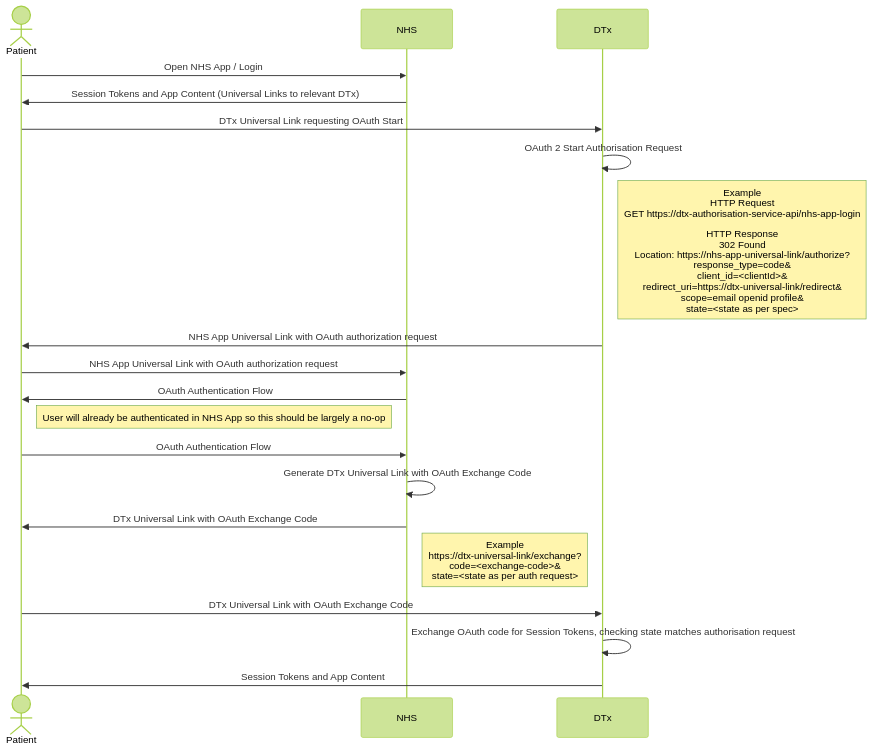
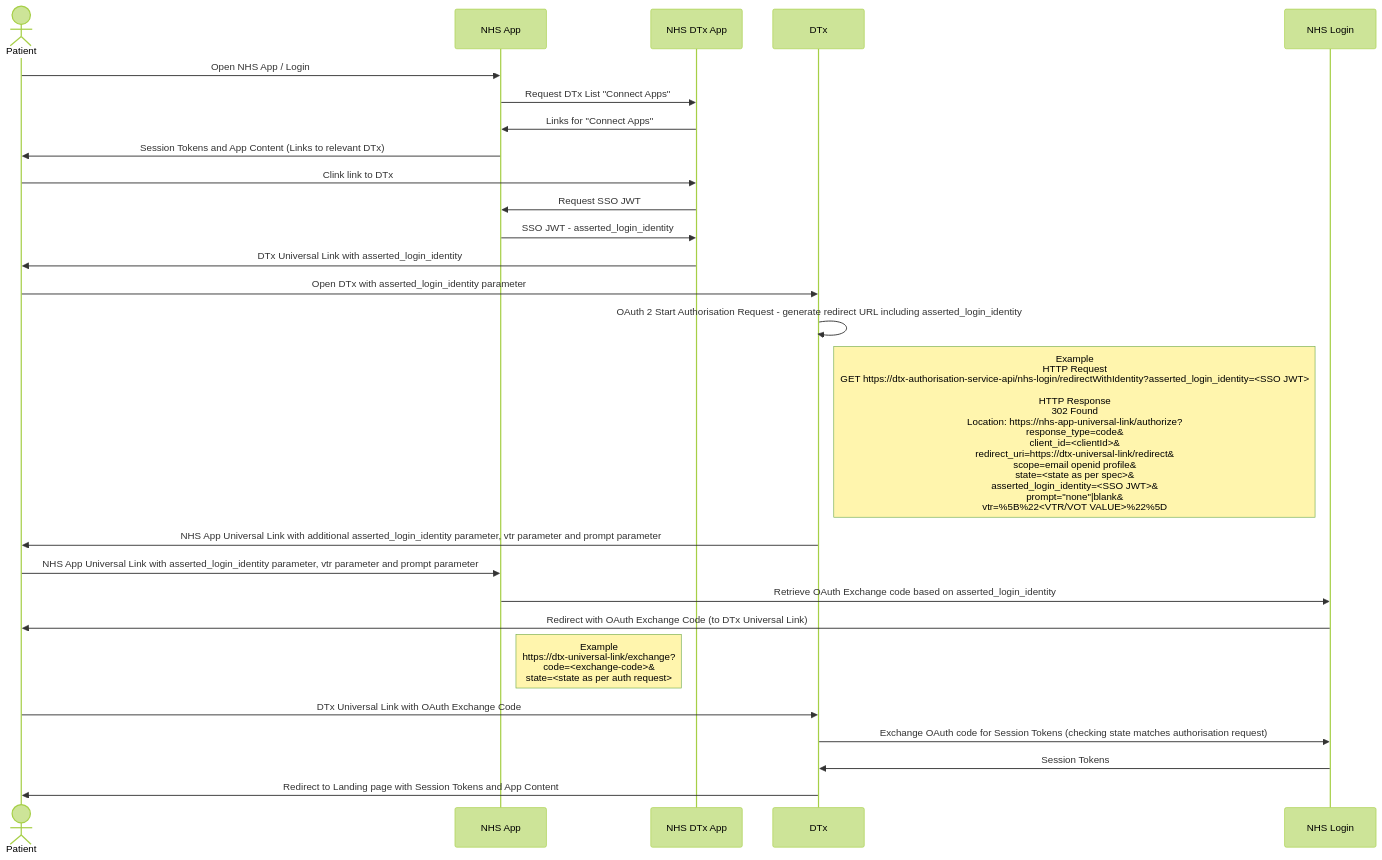
The fourth of 5 diagrams in docs/dtx-enrolment-and-app-launch-sequences.md (mattfellows-mmh/healthstore-dtx-supplier-integration-framework), drawn with Mermaid (forest theme) before and after one commit. The commit also changed other lines of this file, not shown here.

Commit message:
Updated the proposed pre-installed flow to match SSO as proved working on the web

````diff
--- a/docs/dtx-enrolment-and-app-launch-sequences.md
+++ b/docs/dtx-enrolment-and-app-launch-sequences.md
@@ -56,20 +56,25 @@
 ```mermaid
   sequenceDiagram
   actor Patient
-    Patient ->> NHS: Open NHS App / Login
-    NHS ->> Patient: Session Tokens and App Content (Universal Links to relevant DTx)
-    Patient->>DTx: DTx Universal Link requesting OAuth Start
-    DTx->>DTx: OAuth 2 Start Authorisation Request
-    Note right of DTx: Example<br/> HTTP Request<br/> GET https://dtx-authorisation-service-api/nhs-app-login <br/><br/>HTTP Response <br/>302 Found<br/> Location: https://nhs-app-universal-link/authorize?<br/>response_type=code&<br/>client_id=<clientId>&<br/>redirect_uri=https://dtx-universal-link/redirect&<br/>scope=email openid profile&<br/>state=<state as per spec>
-    DTx->>Patient: NHS App Universal Link with OAuth authorization request
-    Patient->>NHS: NHS App Universal Link with OAuth authorization request
-    NHS->>Patient: OAuth Authentication Flow
-    Note right of Patient: User will already be authenticated in NHS App so this should be largely a no-op
-    Patient->>NHS: OAuth Authentication Flow
-    NHS->>NHS: Generate DTx Universal Link with OAuth Exchange Code
-    NHS->>Patient: DTx Universal Link with OAuth Exchange Code
-    Note right of NHS: Example<br/> https://dtx-universal-link/exchange?<br/>code=<exchange-code>&<br/>state=<state as per auth request>
+    Patient ->> NHS App: Open NHS App / Login
+    NHS App ->> NHS DTx App: Request DTx List "Connect Apps"
+    NHS DTx App ->> NHS App: Links for "Connect Apps"
+    NHS App ->> Patient: Session Tokens and App Content (Links to relevant DTx)
+    Patient->>NHS DTx App: Clink link to DTx 
+    NHS DTx App ->> NHS App: Request SSO JWT
+    NHS App ->> NHS DTx App: SSO JWT - asserted_login_identity
+    NHS DTx App ->> Patient: DTx Universal Link with asserted_login_identity
+    Patient ->> DTx: Open DTx with asserted_login_identity parameter
+    DTx->>DTx: OAuth 2 Start Authorisation Request - generate redirect URL including asserted_login_identity
+    Note right of DTx: Example<br/> HTTP Request<br/> GET https://dtx-authorisation-service-api/nhs-login/redirectWithIdentity?asserted_login_identity=<SSO JWT> <br/><br/>HTTP Response <br/>302 Found<br/> Location: https://nhs-app-universal-link/authorize?<br/>response_type=code&<br/>client_id=<clientId>&<br/>redirect_uri=https://dtx-universal-link/redirect&<br/>scope=email openid profile&<br/>state=<state as per spec>&<br/>asserted_login_identity=<SSO JWT>&<br/>prompt="none"|blank&<br/>vtr=%5B%22<VTR/VOT VALUE>%22%5D
+    DTx->>Patient: NHS App Universal Link with additional asserted_login_identity parameter, vtr parameter and prompt parameter
+    Patient->>NHS App: NHS App Universal Link with asserted_login_identity parameter, vtr parameter and prompt parameter
+
+    NHS App->>NHS Login: Retrieve OAuth Exchange code based on asserted_login_identity
+    NHS Login->>Patient: Redirect with OAuth Exchange Code (to DTx Universal Link)
+    Note right of NHS App: Example<br/> https://dtx-universal-link/exchange?<br/>code=<exchange-code>&<br/>state=<state as per auth request>
     Patient->>DTx: DTx Universal Link with OAuth Exchange Code
-    DTx->>DTx: Exchange OAuth code for Session Tokens, checking state matches authorisation request
-    DTx->>Patient: Session Tokens and App Content
+    DTx->>NHS Login: Exchange OAuth code for Session Tokens (checking state matches authorisation request)
+    NHS Login->>DTx: Session Tokens
+    DTx->>Patient: Redirect to Landing page with Session Tokens and App Content
 ```
````
